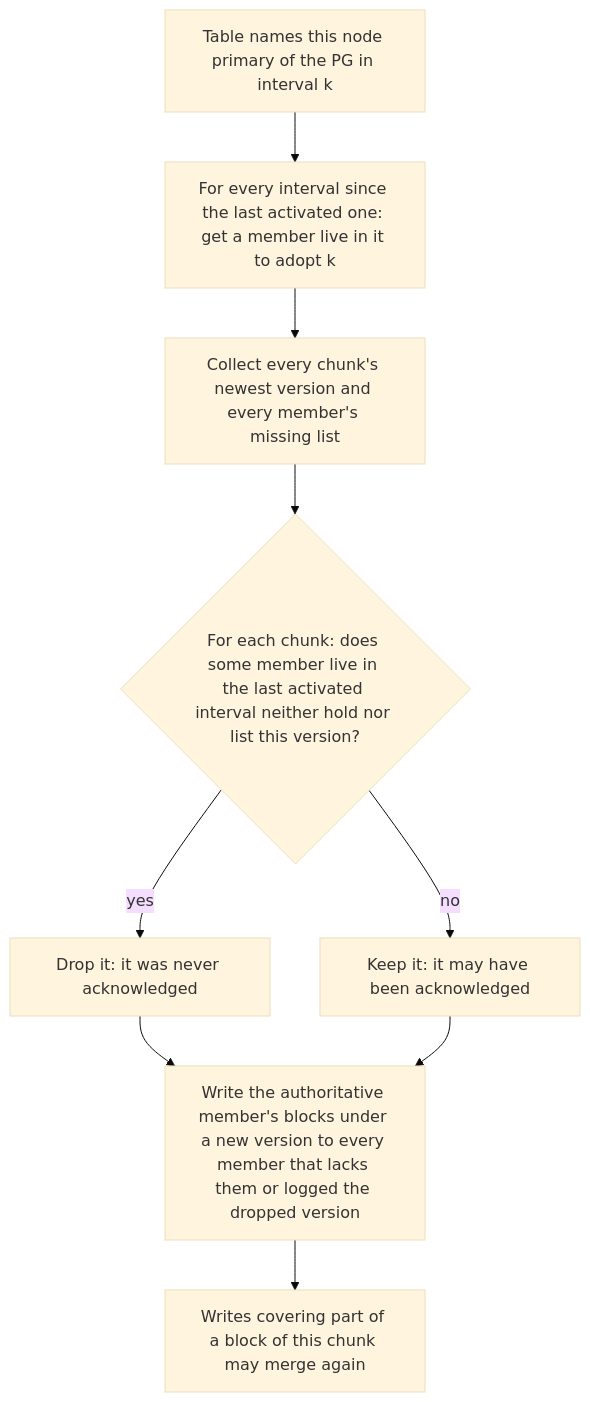
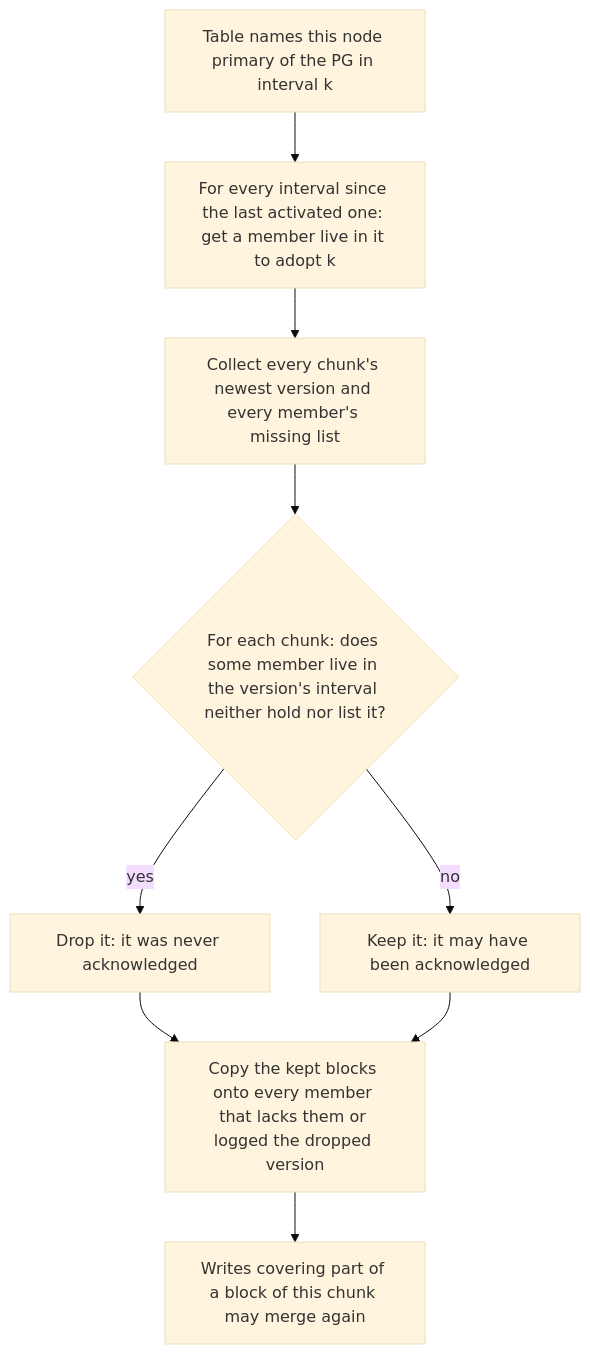
One commit to nvcnvn/rock-solid changed the fourth of 4 diagrams in blogs/03-epochs-leases-and-failures.md. Above: the diagram before and after it, drawn with Mermaid (base theme). The commit also changed other lines of this file and 1 other file, not shown here.

````diff
--- a/blogs/03-epochs-leases-and-failures.md
+++ b/blogs/03-epochs-leases-and-failures.md
@@ -335,11 +324,11 @@
 ```mermaid
 flowchart TD
     T["Table names this node primary of the PG in interval k"] --> AD["For every interval since the last activated one: get a member live in it to adopt k"]
     AD --> CO["Collect every chunk's newest version and every member's missing list"]
-    CO --> Q{"For each chunk: does some member live in the last activated interval neither hold nor list this version?"}
+    CO --> Q{"For each chunk: does some member live in the version's interval neither hold nor list it?"}
     Q -- yes --> DR["Drop it: it was never acknowledged"]
     Q -- no --> KE["Keep it: it may have been acknowledged"]
-    DR --> RE["Write the authoritative member's blocks under a new version to every member that lacks them or logged the dropped version"]
+    DR --> RE["Copy the kept blocks onto every member that lacks them or logged the dropped version"]
     KE --> RE
     RE --> PW["Writes covering part of a block of this chunk may merge again"]
 ```
````
